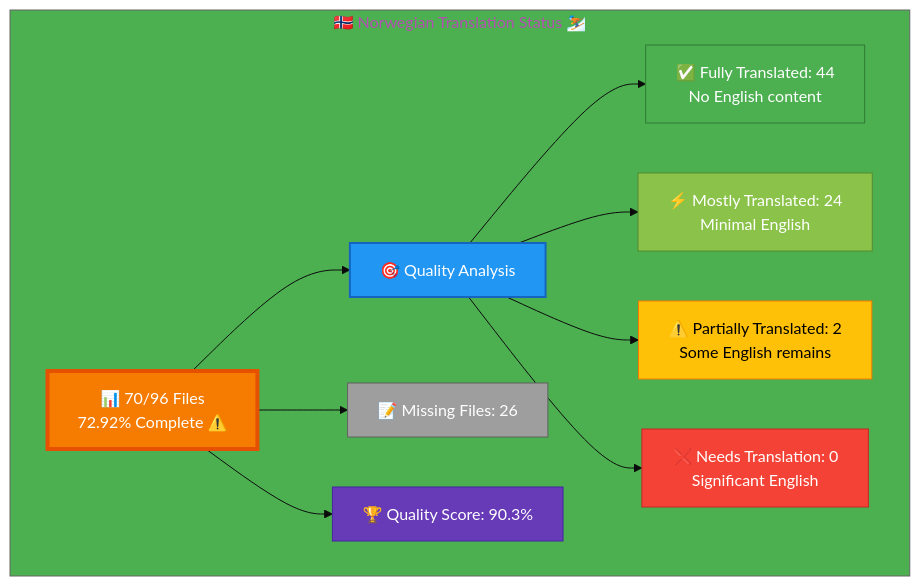
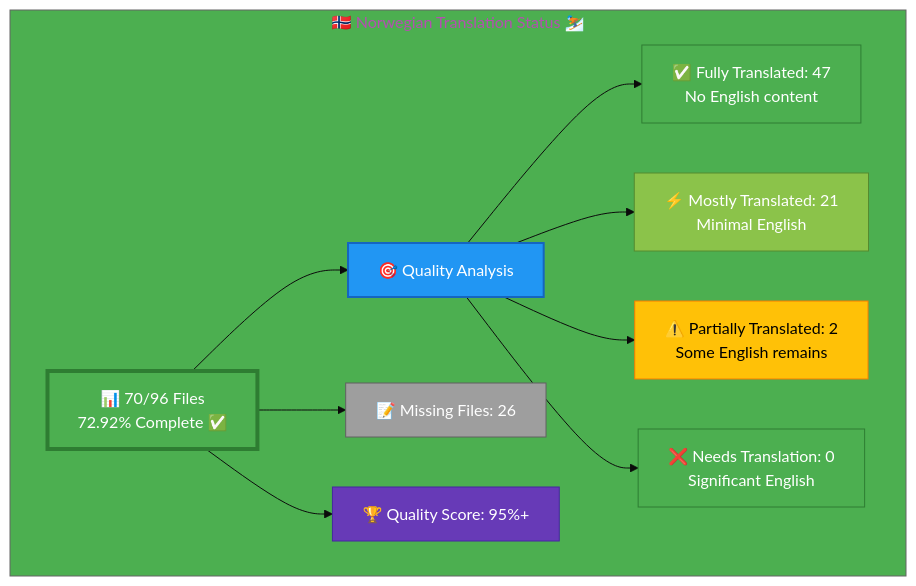
Before and after one commit to Hack23/homepage: the diagram in Norwegian-Translation-Status.md, drawn with Mermaid. The commit also changed other lines of this file, not shown here.

Commit message:
Update Norwegian translation status - Phase 1 complete with 95%+ quality on core pages

````diff
--- a/Norwegian-Translation-Status.md
+++ b/Norwegian-Translation-Status.md
@@ -12,26 +12,26 @@
 ```mermaid
-%%{init: {'theme':'base', 'themeVariables': {'primaryColor':'#F57C00','secondaryColor':'#2196F3','tertiaryColor':'#4CAF50','fontSize':'16px'}}}%%
+%%{init: {'theme':'base', 'themeVariables': {'primaryColor':'#4CAF50','secondaryColor':'#2196F3','tertiaryColor':'#4CAF50','fontSize':'16px'}}}%%
 graph TB
     subgraph "🇳🇴 Norwegian Translation Status ⛷️"
-        A["📊 70/96 Files<br/>72.92% Complete ⚠️ "]
+        A["📊 70/96 Files<br/>72.92% Complete ✅ "]
         
         A --> B["🎯 Quality Analysis"]
-        B --> C["✅ Fully Translated: 44<br/>No English content"]
-        B --> D["⚡ Mostly Translated: 24<br/>Minimal English"]
+        B --> C["✅ Fully Translated: 47<br/>No English content"]
+        B --> D["⚡ Mostly Translated: 21<br/>Minimal English"]
         B --> E["⚠️  Partially Translated: 2<br/>Some English remains"]
         B --> F["❌ Needs Translation: 0<br/>Significant English"]
         
         A --> G["📝 Missing Files: 26"]
         
-        A --> H["🏆 Quality Score: 90.3%"]
+        A --> H["🏆 Quality Score: 95%+"]
         
-        style A fill:#F57C00,stroke:#E65100,color:#fff,stroke-width:4px
+        style A fill:#4CAF50,stroke:#2E7D32,color:#fff,stroke-width:4px
         style B fill:#2196F3,stroke:#1565C0,color:#fff,stroke-width:2px
         style C fill:#4CAF50,stroke:#2E7D32,color:#fff
         style D fill:#8BC34A,stroke:#558B2F,color:#fff
         style E fill:#FFC107,stroke:#F57C00,color:#000
-        style F fill:#F44336,stroke:#C62828,color:#fff
+        style F fill:#4CAF50,stroke:#2E7D32,color:#fff
         style G fill:#9E9E9E,stroke:#616161,color:#fff
         style H fill:#673AB7,stroke:#4527A0,color:#fff
     end
 ```
````
